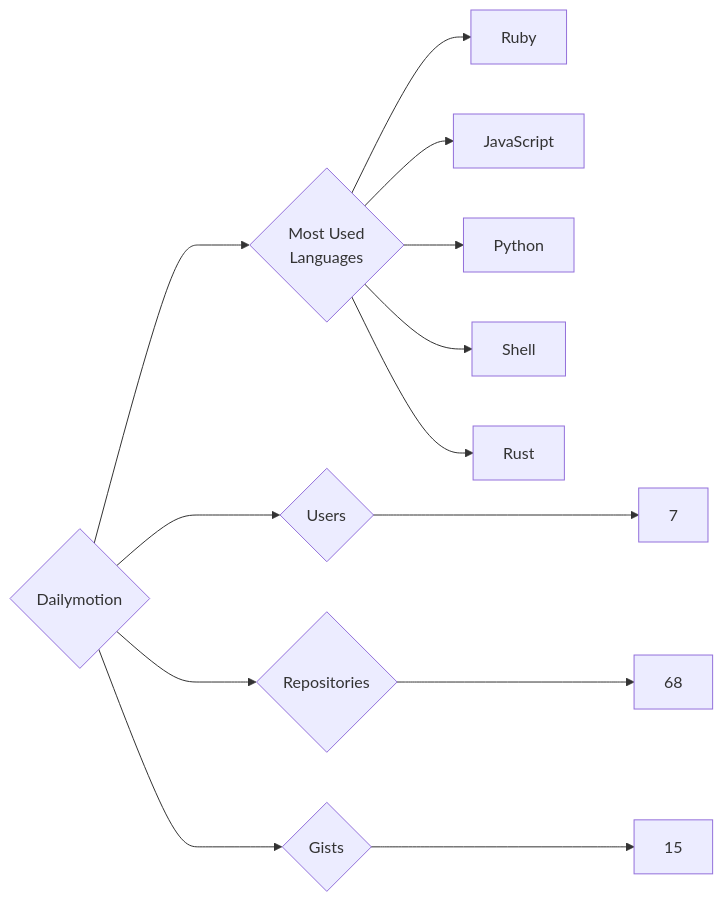
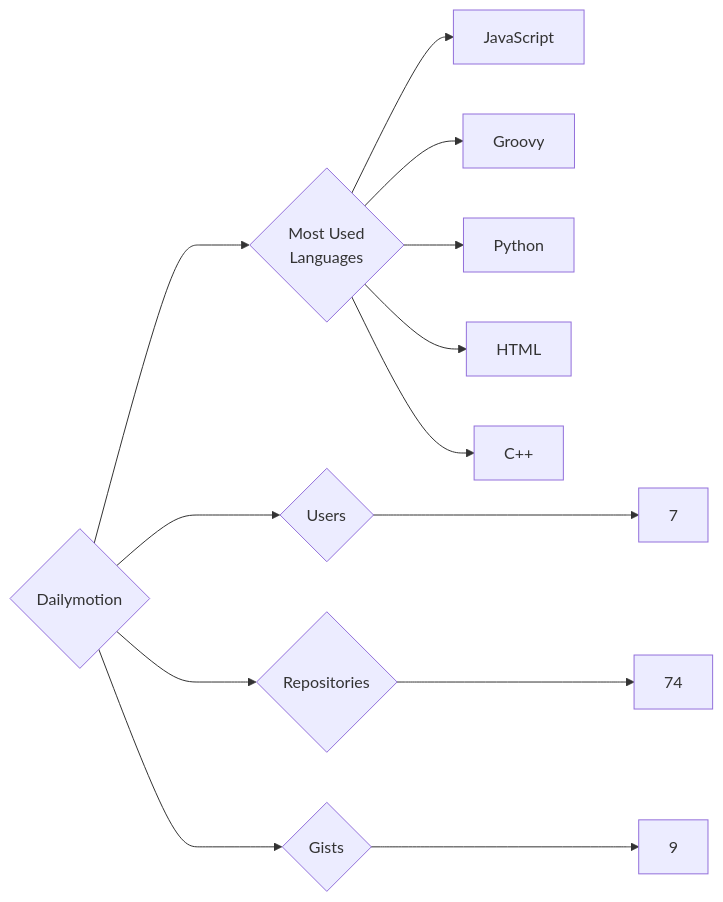
One commit to trickest/insiders changed the diagram in targets/Dailymotion/README.md. Above: the diagram before and after it, drawn with Mermaid. The commit also changed 1212 other files, not shown here.

````diff
--- a/targets/Dailymotion/README.md
+++ b/targets/Dailymotion/README.md
@@ -3,13 +3,13 @@
 ```mermaid
 graph LR
 COMPANY_NAME{Dailymotion}
 COMPANY_NAME ---> U{Users} ---> UN[7]
-COMPANY_NAME ---> R{Repositories} ---> RN[68]
-COMPANY_NAME ---> G{Gists} ---> GN[15]
+COMPANY_NAME ---> R{Repositories} ---> RN[74]
+COMPANY_NAME ---> G{Gists} ---> GN[9]
 COMPANY_NAME ---> ML{Most Used<br>Languages}
-ML --> Ruby[Ruby]
 ML --> JavaScript[JavaScript]
+ML --> Groovy[Groovy]
 ML --> Python[Python]
-ML --> Shell[Shell]
-ML --> Rust[Rust]
+ML --> HTML[HTML]
+ML --> C++[C++]
 ```
````
